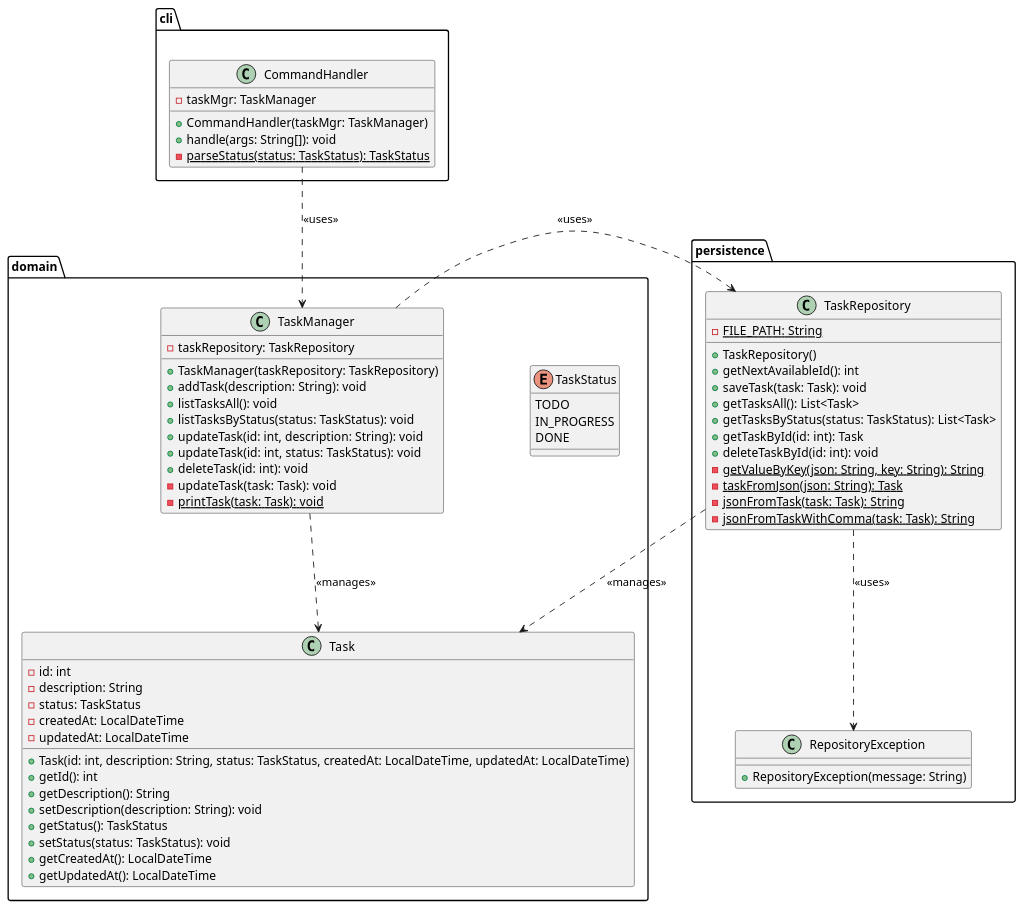
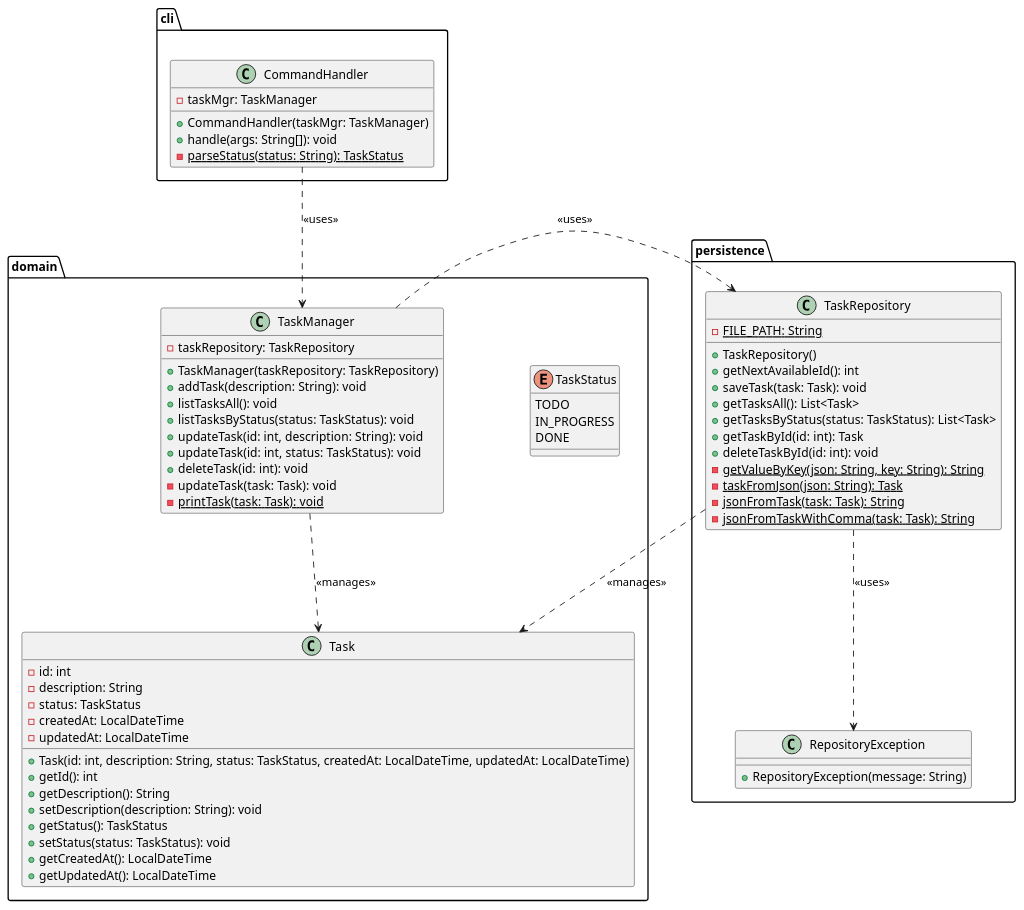
One commit to mmistika/task-cli changed the diagram in uml/uml.puml. Above: the diagram before and after it, drawn with PlantUML. The commit also changed 2 other files, not shown here.

```diff
--- a/uml/uml.puml
+++ b/uml/uml.puml
@@ -1,79 +1,79 @@
 @startuml
 
 skinparam ranksep 100
 skinparam nodesep 100
 
 package "cli" {
     class CommandHandler {
         - taskMgr: TaskManager
         + CommandHandler(taskMgr: TaskManager)
         + handle(args: String[]): void
-        - {static} parseStatus(status: TaskStatus): TaskStatus
+        - {static} parseStatus(status: String): TaskStatus
     }
 }
 
 package "domain" {
     enum TaskStatus {
         TODO
         IN_PROGRESS
         DONE
     }
 
     class Task {
         - id: int
         - description: String
         - status: TaskStatus
         - createdAt: LocalDateTime
         - updatedAt: LocalDateTime
         + Task(id: int, description: String, status: TaskStatus, createdAt: LocalDateTime, updatedAt: LocalDateTime)
         + getId(): int
         + getDescription(): String
         + setDescription(description: String): void
         + getStatus(): TaskStatus
         + setStatus(status: TaskStatus): void
         + getCreatedAt(): LocalDateTime
         + getUpdatedAt(): LocalDateTime
     }
 
     class TaskManager {
         - taskRepository: TaskRepository
         + TaskManager(taskRepository: TaskRepository)
         + addTask(description: String): void
         + listTasksAll(): void
         + listTasksByStatus(status: TaskStatus): void
         + updateTask(id: int, description: String): void
         + updateTask(id: int, status: TaskStatus): void
         + deleteTask(id: int): void
         - updateTask(task: Task): void
         - {static} printTask(task: Task): void
     }
 }
 
 package "persistence" {
     class TaskRepository {
         - {static} FILE_PATH: String
         + TaskRepository()
         + getNextAvailableId(): int
         + saveTask(task: Task): void
         + getTasksAll(): List<Task>
         + getTasksByStatus(status: TaskStatus): List<Task>
         + getTaskById(id: int): Task
         + deleteTaskById(id: int): void
         - {static} getValueByKey(json: String, key: String): String
         - {static} taskFromJson(json: String): Task
         - {static} jsonFromTask(task: Task): String
         - {static} jsonFromTaskWithComma(task: Task): String
     }
 
     class RepositoryException {
         + RepositoryException(message: String)
     }
 }
 
 CommandHandler ..> TaskManager : <<uses>>
 TaskManager ..> Task : <<manages>>
 TaskManager ..> TaskRepository : <<uses>>
 TaskRepository ..> Task : <<manages>>
 TaskRepository ..> RepositoryException: <<uses>>
 
 @enduml
```
